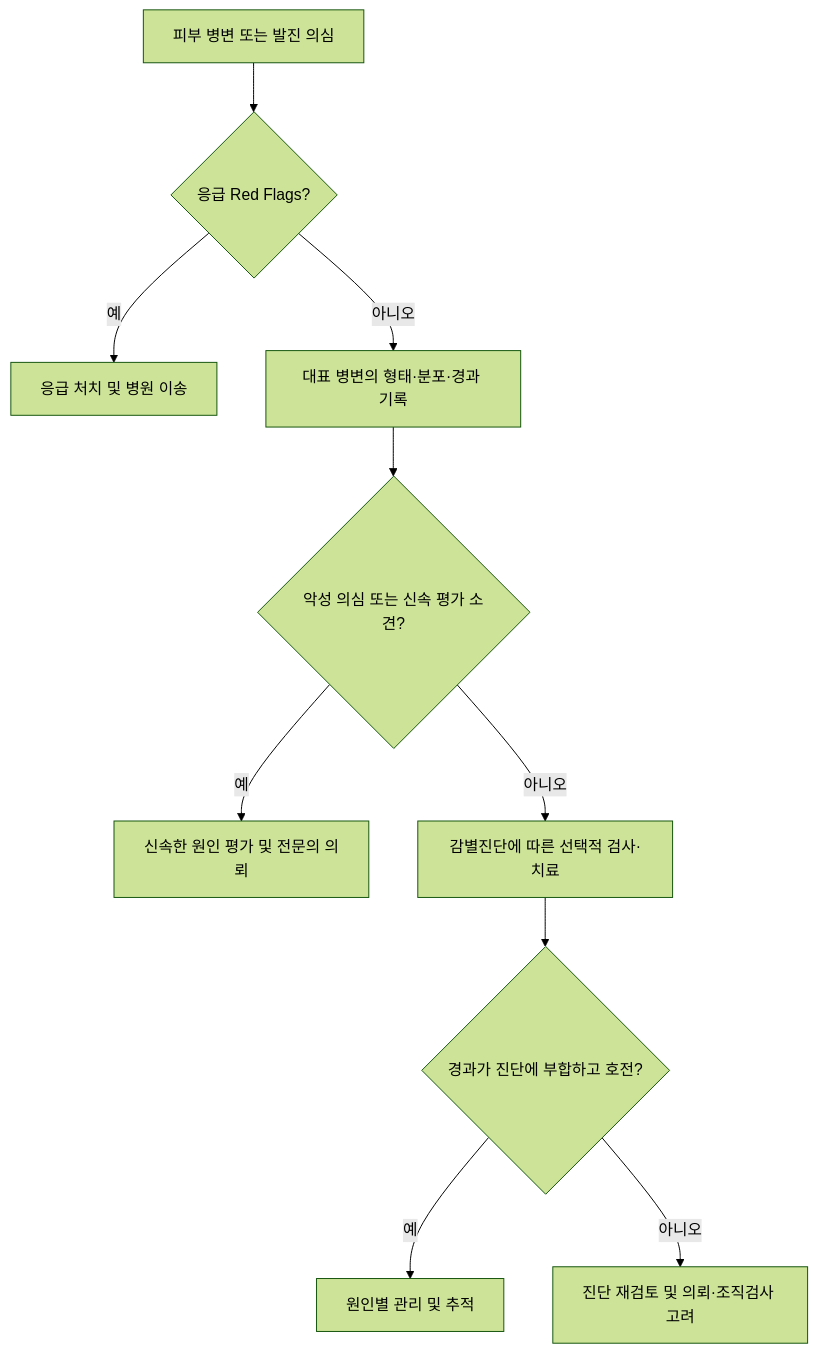
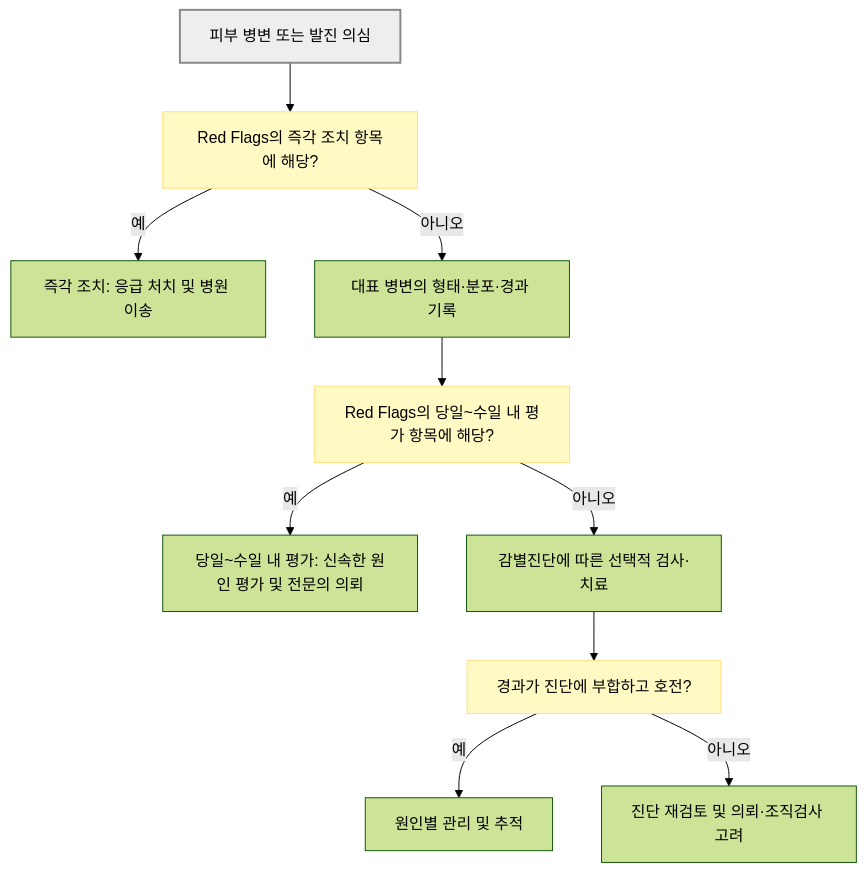
The diagram in 229_/154_-dermadz.md (familyoh77/familyoh77), drawn with Mermaid (forest theme) before and after one commit. The commit also changed other lines of this file and 16 other files, not shown here.

````diff
--- a/229_/154_-dermadz.md
+++ b/229_/154_-dermadz.md
@@ -131,12 +141,16 @@
 ```mermaid
 flowchart TD
-    A["피부 병변 또는 발진 의심"] --> B{"응급 Red Flags?"}
-    B -->|예| C["응급 처치 및 병원 이송"]
-    B -->|아니오| D["대표 병변의 형태·분포·경과 기록"]
-    D --> E{"악성 의심 또는 신속 평가 소견?"}
-    E -->|예| F["신속한 원인 평가 및 전문의 의뢰"]
-    E -->|아니오| G["감별진단에 따른 선택적 검사·치료"]
-    G --> H{"경과가 진단에 부합하고 호전?"}
-    H -->|예| I["원인별 관리 및 추적"]
-    H -->|아니오| J["진단 재검토 및 의뢰·조직검사 고려"]
+    A["피부 병변 또는 발진 의심"] --> B["Red Flags의 즉각 조치 항목에 해당?"]
+    B -- "예" --> C["즉각 조치: 응급 처치 및 병원 이송"]
+    B -- "아니오" --> D["대표 병변의 형태·분포·경과 기록"]
+    D --> E["Red Flags의 당일~수일 내 평가 항목에 해당?"]
+    E -- "예" --> F["당일~수일 내 평가: 신속한 원인 평가 및 전문의 의뢰"]
+    E -- "아니오" --> G["감별진단에 따른 선택적 검사·치료"]
+    G --> H["경과가 진단에 부합하고 호전?"]
+    H -- "예" --> I["원인별 관리 및 추적"]
+    H -- "아니오" --> J["진단 재검토 및 의뢰·조직검사 고려"]
+
+    classDef question fill:#fff9c4,stroke:#ffe082
+    class B,E,H question
+    style A fill:#eeeeee,stroke:#888888,stroke-width:2px
 ```
````
